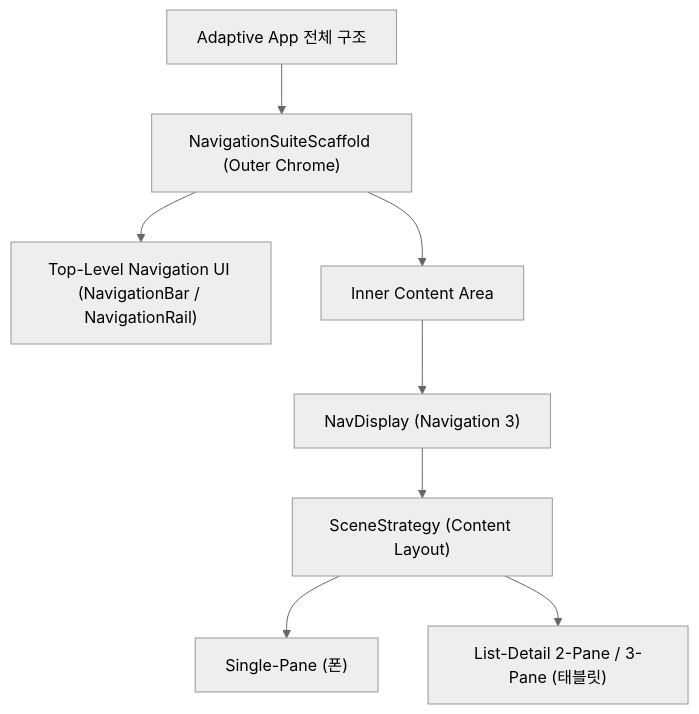
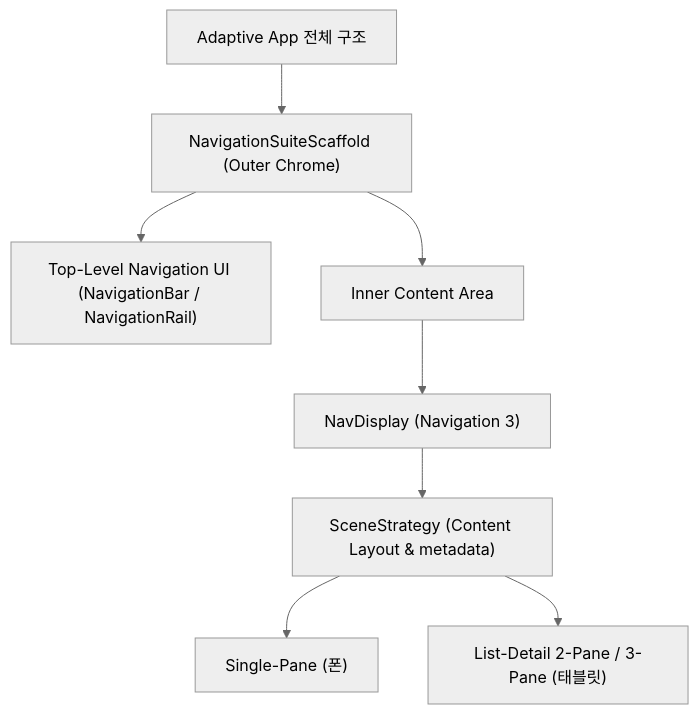
The diagram in 01_inbox/mobile/android/02_app_framework/navigation/navigation-suite-scaffold-vs-navigation3-scene.md (youngmin-gwon/what-i-studied), drawn with Mermaid (neutral theme) before and after one commit. The commit also changed other lines of this file and 11 other files, not shown here.

````diff
--- a/01_inbox/mobile/android/02_app_framework/navigation/navigation-suite-scaffold-vs-navigation3-scene.md
+++ b/01_inbox/mobile/android/02_app_framework/navigation/navigation-suite-scaffold-vs-navigation3-scene.md
@@ -26,11 +26,11 @@
 ```mermaid
 graph TD
     App["Adaptive App 전체 구조"] --> SuiteScaffold["NavigationSuiteScaffold (Outer Chrome)"]
     SuiteScaffold --> ChromeUI["Top-Level Navigation UI (NavigationBar / NavigationRail)"]
     SuiteScaffold --> InnerContent["Inner Content Area"]
     
     InnerContent --> NavDisplay["NavDisplay (Navigation 3)"]
-    NavDisplay --> SceneStrategy["SceneStrategy (Content Layout)"]
+    NavDisplay --> SceneStrategy["SceneStrategy (Content Layout & metadata)"]
     SceneStrategy --> SinglePane["Single-Pane (폰)"]
     SceneStrategy --> MultiPane["List-Detail 2-Pane / 3-Pane (태블릿)"]
 ```
````
